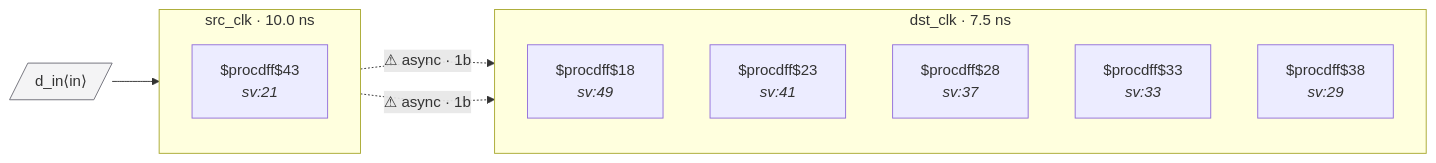
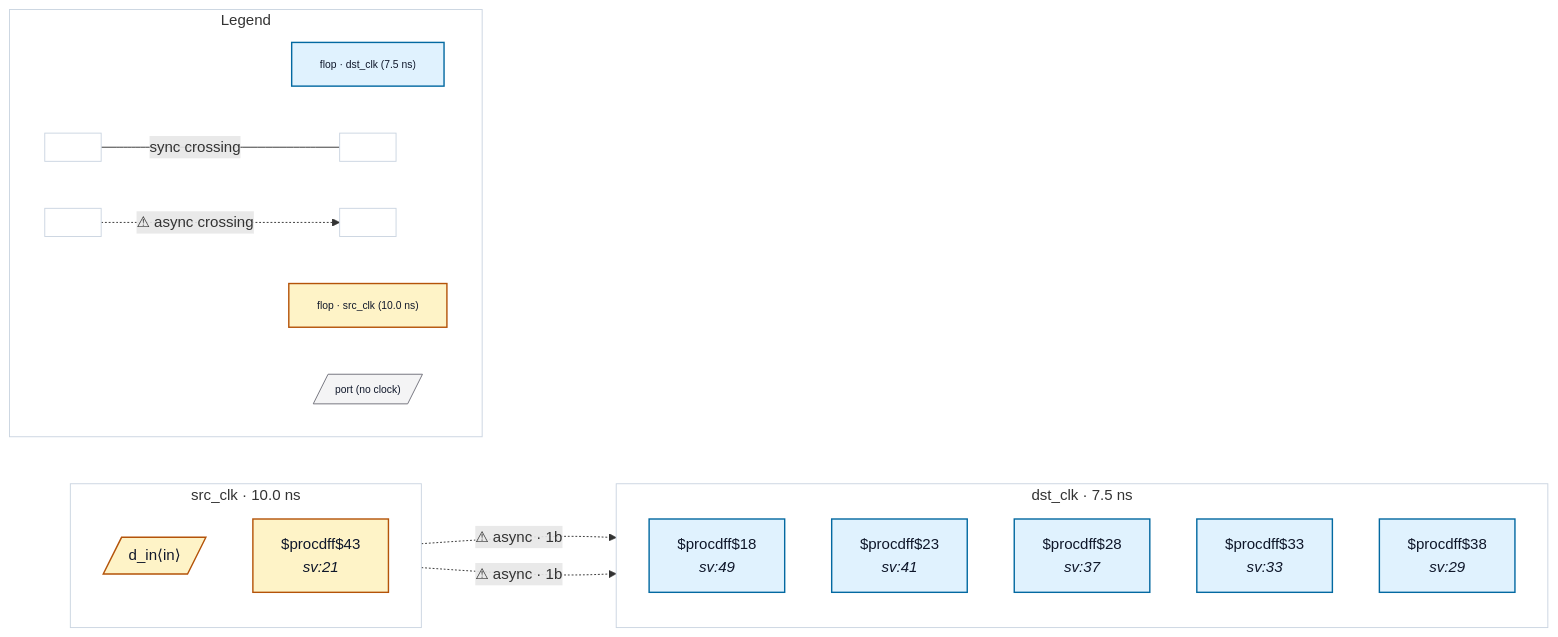
One commit to rtl-buddy/rtl-buddy-cdc changed the diagram in tests/fixtures/bad_reconvergent_with_recombine/README.md. Above: the diagram before and after it, drawn with Mermaid. The commit also changed 71 other files, not shown here.

First line of the commit message:
Refresh fixture READMEs + render iterations (colors, legend, nested ports, clock-net edges)

````diff
--- a/tests/fixtures/bad_reconvergent_with_recombine/README.md
+++ b/tests/fixtures/bad_reconvergent_with_recombine/README.md
@@ -16,21 +16,45 @@
 ```mermaid
 %% bad_reconvergent_with_recombine — generated by rtl-buddy-cdc render
 flowchart LR
   subgraph clk_dst_clk["dst_clk · 7.5 ns"]
     direction TB
-    f_26933fbb["$procdff$18<br/><i>sv:49</i>"]
-    f_ea362315["$procdff$23<br/><i>sv:41</i>"]
-    f_39c8ee43["$procdff$28<br/><i>sv:37</i>"]
-    f_ea9db28d["$procdff$33<br/><i>sv:33</i>"]
-    f_f4a3803b["$procdff$38<br/><i>sv:29</i>"]
+    f_26933fbb["$procdff$18<br/><i>sv:49</i>"]:::ckcls_dst_clk
+    f_ea362315["$procdff$23<br/><i>sv:41</i>"]:::ckcls_dst_clk
+    f_39c8ee43["$procdff$28<br/><i>sv:37</i>"]:::ckcls_dst_clk
+    f_ea9db28d["$procdff$33<br/><i>sv:33</i>"]:::ckcls_dst_clk
+    f_f4a3803b["$procdff$38<br/><i>sv:29</i>"]:::ckcls_dst_clk
   end
   subgraph clk_src_clk["src_clk · 10.0 ns"]
     direction TB
-    f_1566ef10["$procdff$43<br/><i>sv:21</i>"]
+    p_in_d_in[/"d_in⟨in⟩"/]:::ckcls_src_clk
+    f_1566ef10["$procdff$43<br/><i>sv:21</i>"]:::ckcls_src_clk
   end
-  p_in_d_in[/"d_in⟨in⟩"/]:::port
-  p_in_d_in --> f_1566ef10
   f_1566ef10 -. "⚠ async · 1b" .-> f_39c8ee43
   f_1566ef10 -. "⚠ async · 1b" .-> f_f4a3803b
-  classDef port fill:#f4f4f5,stroke:#71717a
+  subgraph rb_legend["Legend"]
+    direction LR
+    lg_clk_dst_clk["flop · dst_clk (7.5 ns)"]:::ckcls_dst_clk
+    lg_clk_src_clk["flop · src_clk (10.0 ns)"]:::ckcls_src_clk
+    lg_port[/"port (no clock)"/]:::port_unassigned
+    lg_sync_a[" "]:::ckcls_legend_neutral
+    lg_sync_b[" "]:::ckcls_legend_neutral
+    lg_async_a[" "]:::ckcls_legend_neutral
+    lg_async_b[" "]:::ckcls_legend_neutral
+    lg_sync_a --- |"sync crossing"| lg_sync_b
+    lg_async_a -. "⚠ async crossing" .-> lg_async_b
+  end
+  style clk_dst_clk fill:none,stroke:#cbd5e1
+  style clk_src_clk fill:none,stroke:#cbd5e1
+  style rb_legend fill:none,stroke:#cbd5e1
+  style lg_clk_dst_clk font-size:11px
+  style lg_clk_src_clk font-size:11px
+  style lg_port font-size:11px
+  style lg_sync_a font-size:11px
+  style lg_sync_b font-size:11px
+  style lg_async_a font-size:11px
+  style lg_async_b font-size:11px
+  classDef ckcls_dst_clk fill:#e0f2fe,stroke:#0369a1,stroke-width:1.5px,color:#0f172a
+  classDef ckcls_src_clk fill:#fef3c7,stroke:#b45309,stroke-width:1.5px,color:#0f172a
+  classDef port_unassigned fill:#f4f4f5,stroke:#71717a,color:#0f172a
+  classDef ckcls_legend_neutral fill:#ffffff,stroke:#cbd5e1,stroke-width:1px,color:#0f172a
 ```
````
